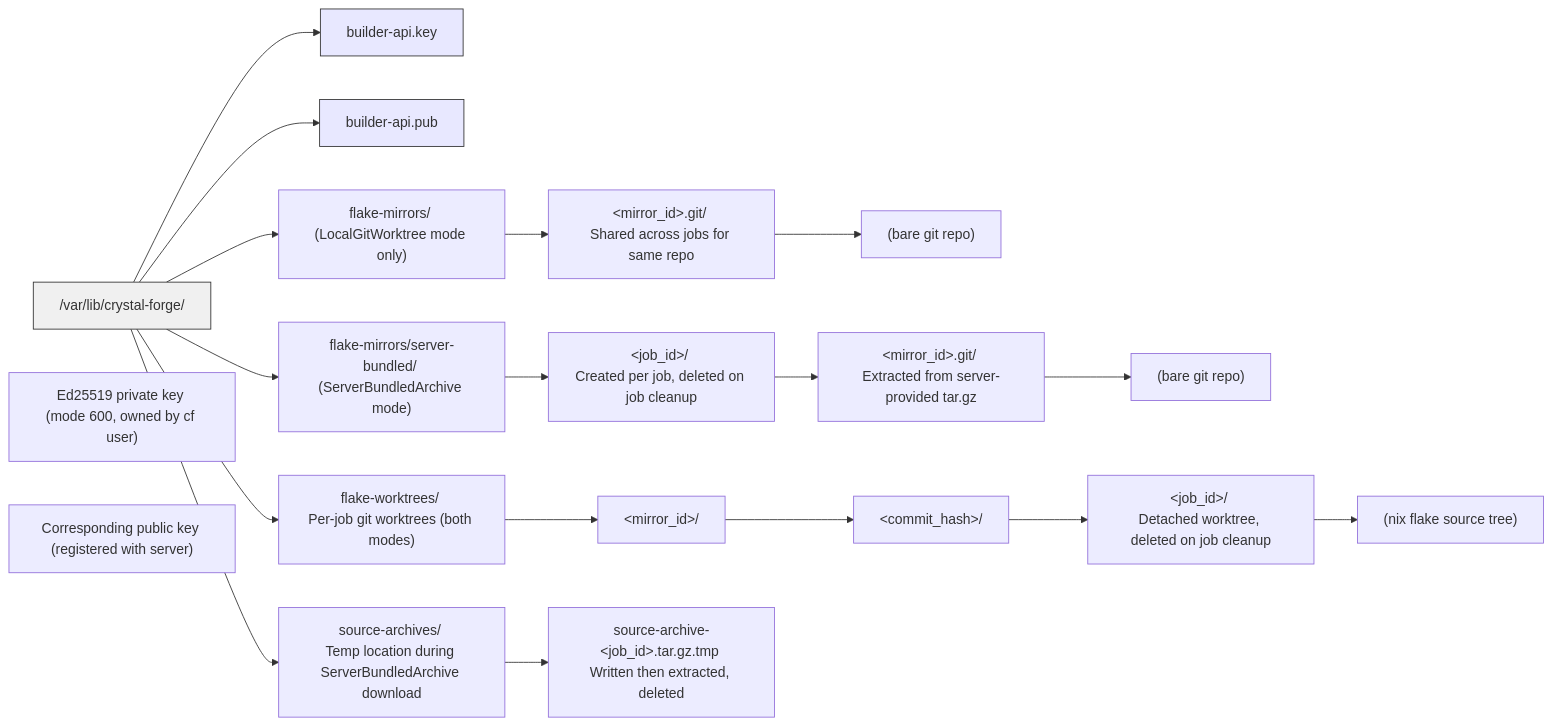
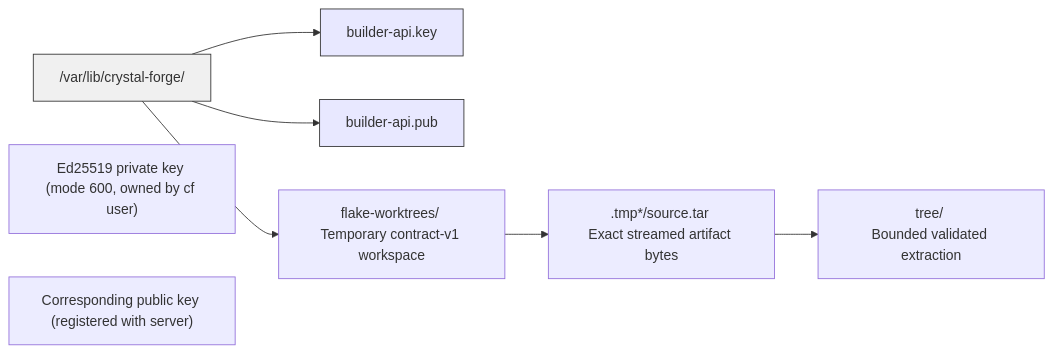
Before and after one commit to usmcamp0811/crystal-forge: the sixth of 7 diagrams in docs/builder-security-architecture.md, drawn with Mermaid. The commit also changed other lines of this file and 36 other files, not shown here.

````diff
--- a/docs/builder-security-architecture.md
+++ b/docs/builder-security-architecture.md
@@ -374,32 +377,18 @@
 ```mermaid
 graph LR
     ROOT["/var/lib/crystal-forge/"]
     
     ROOT --> KEY["builder-api.key"]
     KEY_NOTE["Ed25519 private key (mode 600, owned by cf user)"]
     
     ROOT --> PUB["builder-api.pub"]
     PUB_NOTE["Corresponding public key (registered with server)"]
     
-    ROOT --> MIRRORS["flake-mirrors/ <br/>(LocalGitWorktree mode only)"]
-    MIRRORS --> MID["&lt;mirror_id&gt;.git/ <br/>Shared across jobs for same repo"]
-    MID --> BARE1["(bare git repo)"]
-    
-    ROOT --> BUNDLED["flake-mirrors/server-bundled/ <br/>(ServerBundledArchive mode)"]
-    BUNDLED --> JID["&lt;job_id&gt;/ <br/>Created per job, deleted on job cleanup"]
-    JID --> MID2["&lt;mirror_id&gt;.git/ <br/>Extracted from server-provided tar.gz"]
-    MID2 --> BARE2["(bare git repo)"]
-    
-    ROOT --> WT["flake-worktrees/ <br/>Per-job git worktrees (both modes)"]
-    WT --> MID3["&lt;mirror_id&gt;/"]
-    MID3 --> CHASH["&lt;commit_hash&gt;/"]
-    CHASH --> JID2["&lt;job_id&gt;/ <br/>Detached worktree, deleted on job cleanup"]
-    JID2 --> SRC["(nix flake source tree)"]
-    
-    ROOT --> ARCHIVES["source-archives/ <br/>Temp location during ServerBundledArchive download"]
-    ARCHIVES --> TMP["source-archive-&lt;job_id&gt;.tar.gz.tmp <br/>Written then extracted, deleted"]
+    ROOT --> WORK["flake-worktrees/ <br/>Temporary contract-v1 workspace"]
+    WORK --> TMP[".tmp*/source.tar <br/>Exact streamed artifact bytes"]
+    TMP --> TREE["tree/ <br/>Bounded validated extraction"]
 
     style ROOT fill:#f0f0f0,stroke:#333
     style KEY fill:#e8e8ff,stroke:#333
     style PUB fill:#e8e8ff,stroke:#333
 ```
````
